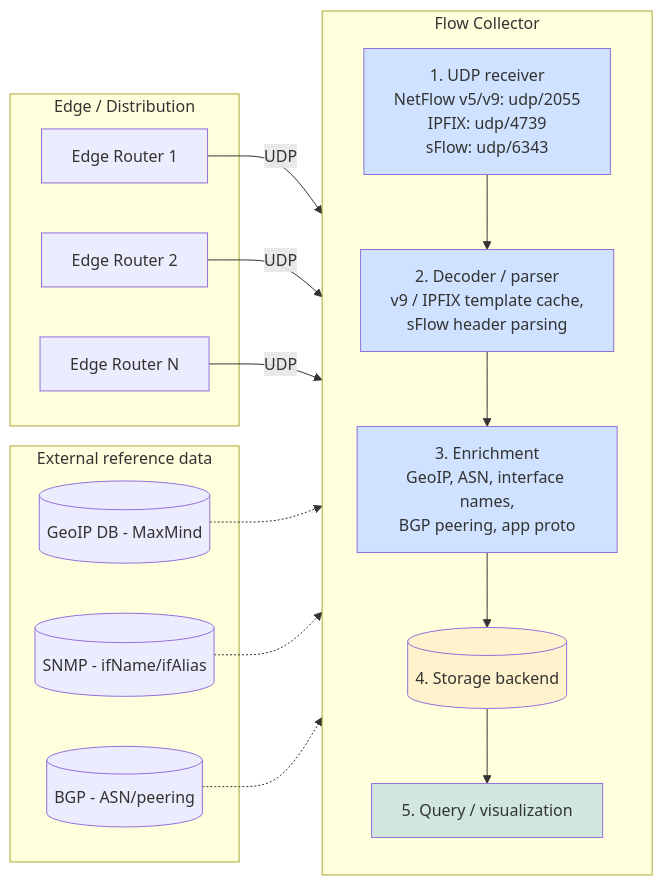
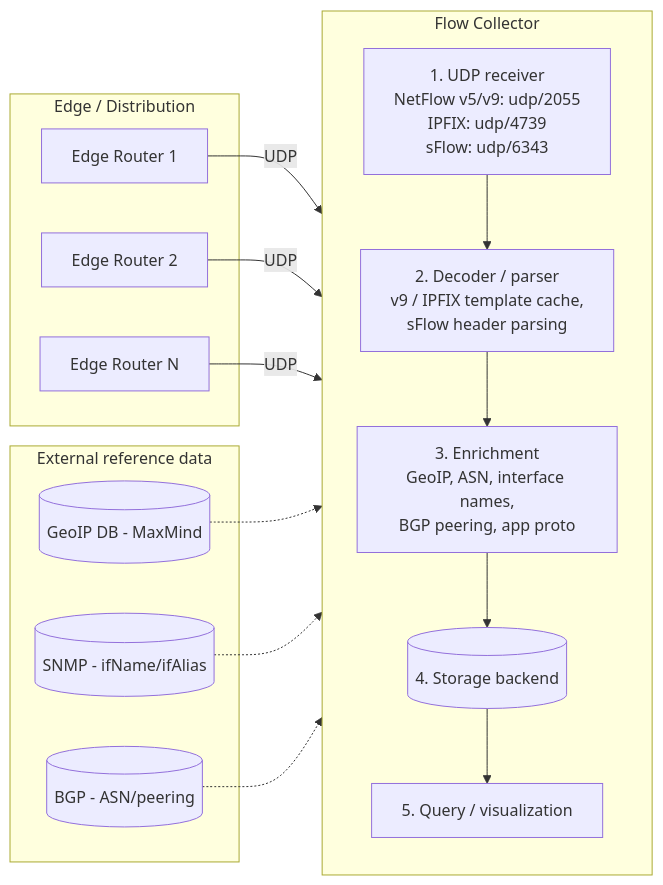
Before and after one commit to reese-pagtalunan/quality-of-blocking: the third of 3 diagrams in docs/Flow_Collector.md, drawn with Mermaid. The commit also changed other lines of this file and 1 other file, not shown here.

First line of the commit message:
Document STINGAR multi-customer flow sinks and neteng golden test prep.

````diff
--- a/docs/Flow_Collector.md
+++ b/docs/Flow_Collector.md
@@ -22,40 +118,30 @@
 ```mermaid
 flowchart LR
     subgraph "Edge / Distribution"
         R1[Edge Router 1]
         R2[Edge Router 2]
         R3[Edge Router N]
     end
 
     subgraph "Flow Collector"
         direction TB
         IN[1. UDP receiver<br/>NetFlow v5/v9: udp/2055<br/>IPFIX: udp/4739<br/>sFlow: udp/6343]
         DEC[2. Decoder / parser<br/>v9 / IPFIX template cache,<br/>sFlow header parsing]
         ENR[3. Enrichment<br/>GeoIP, ASN, interface names,<br/>BGP peering, app proto]
         STORE[(4. Storage backend)]
         UI[5. Query / visualization]
     end
 
     subgraph "External reference data"
         GEO[(GeoIP DB - MaxMind)]
         SNMP[(SNMP - ifName/ifAlias)]
         BGP[(BGP - ASN/peering)]
     end
 
-    R1 -- "UDP" --> IN
-    R2 -- "UDP" --> IN
-    R3 -- "UDP" --> IN
+    R1 & R2 & R3 -- "UDP" --> IN
     IN --> DEC
     DEC --> ENR
-    GEO -.-> ENR
-    SNMP -.-> ENR
-    BGP -.-> ENR
+    GEO & SNMP & BGP -.-> ENR
     ENR --> STORE
     STORE --> UI
-
-    style IN fill:#cfe2ff
-    style DEC fill:#cfe2ff
-    style ENR fill:#cfe2ff
-    style STORE fill:#fff3cd
-    style UI fill:#d1e7dd
 ```
````
